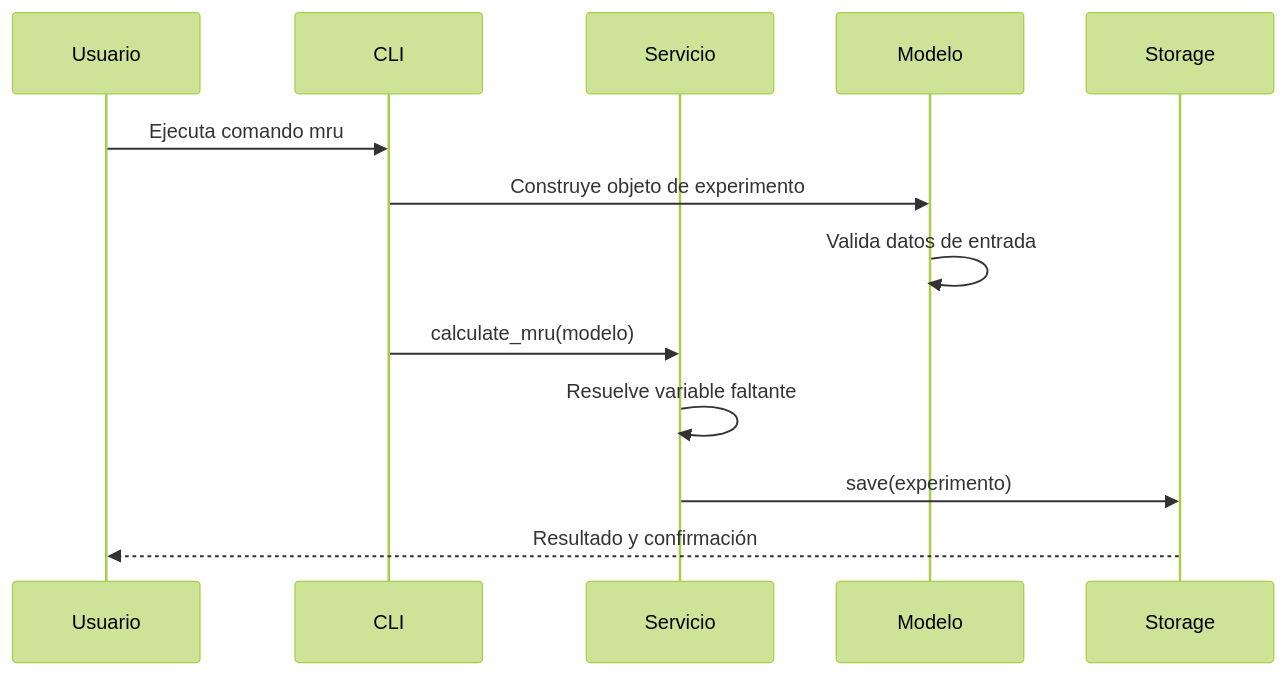
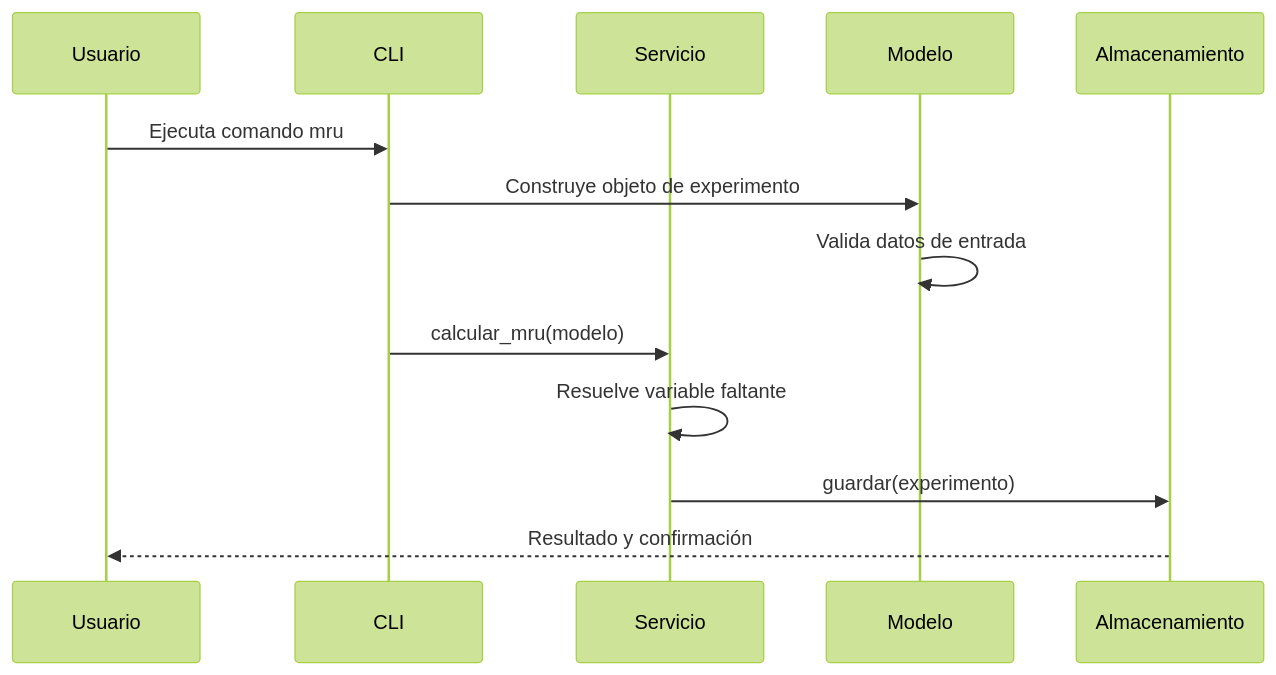
Before and after one commit to SamSof28/physilab-project: the second of 2 diagrams in docs/index.md, drawn with Mermaid (forest theme). The commit also changed other lines of this file and 3 other files, not shown here.

Commit message:
Update documentation terminology for consistency: replace 'Storage' with 'Almacenamiento' and clarify storage layer descriptions

````diff
--- a/docs/index.md
+++ b/docs/index.md
@@ -44,16 +44,16 @@
 ```mermaid
 sequenceDiagram
     participant Usuario
     participant CLI
     participant Servicio
     participant Modelo
-    participant Storage
+    participant Almacenamiento
 
     Usuario->>CLI: Ejecuta comando mru
     CLI->>Modelo: Construye objeto de experimento
     Modelo->>Modelo: Valida datos de entrada
-    CLI->>Servicio: calculate_mru(modelo)
+    CLI->>Servicio: calcular_mru(modelo)
     Servicio->>Servicio: Resuelve variable faltante
-    Servicio->>Storage: save(experimento)
-    Storage-->>Usuario: Resultado y confirmación
+    Servicio->>Almacenamiento: guardar(experimento)
+    Almacenamiento-->>Usuario: Resultado y confirmación
 ```
````
